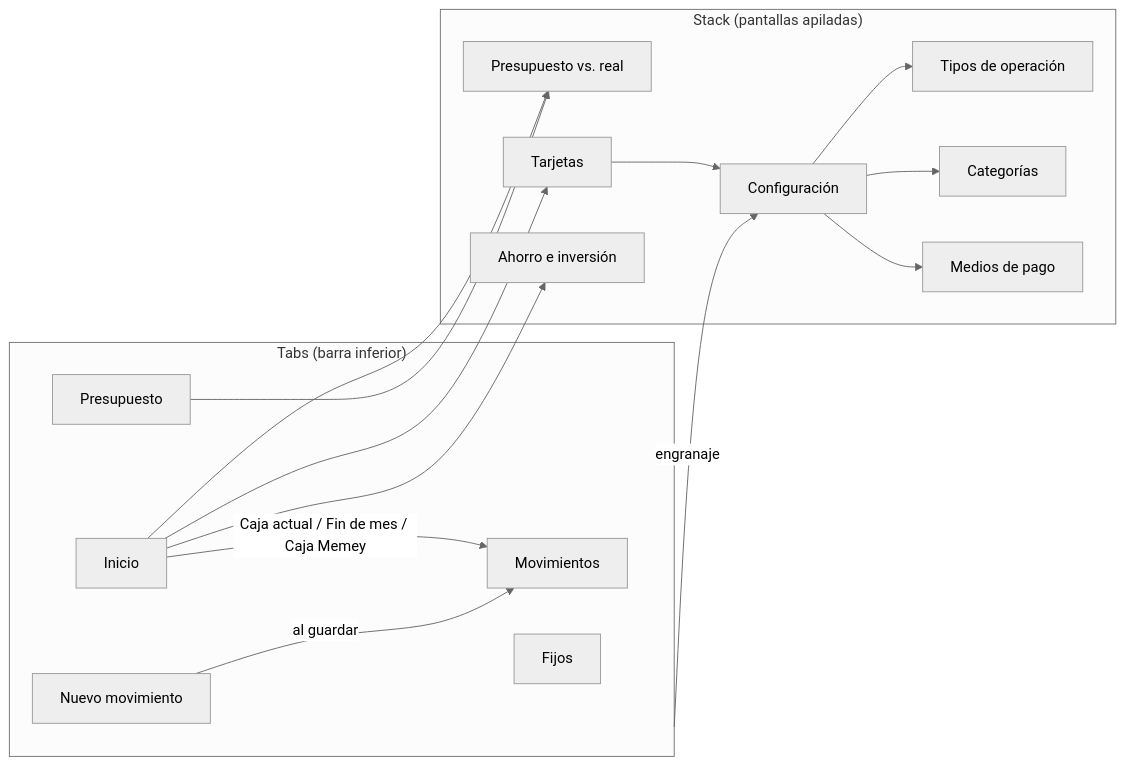
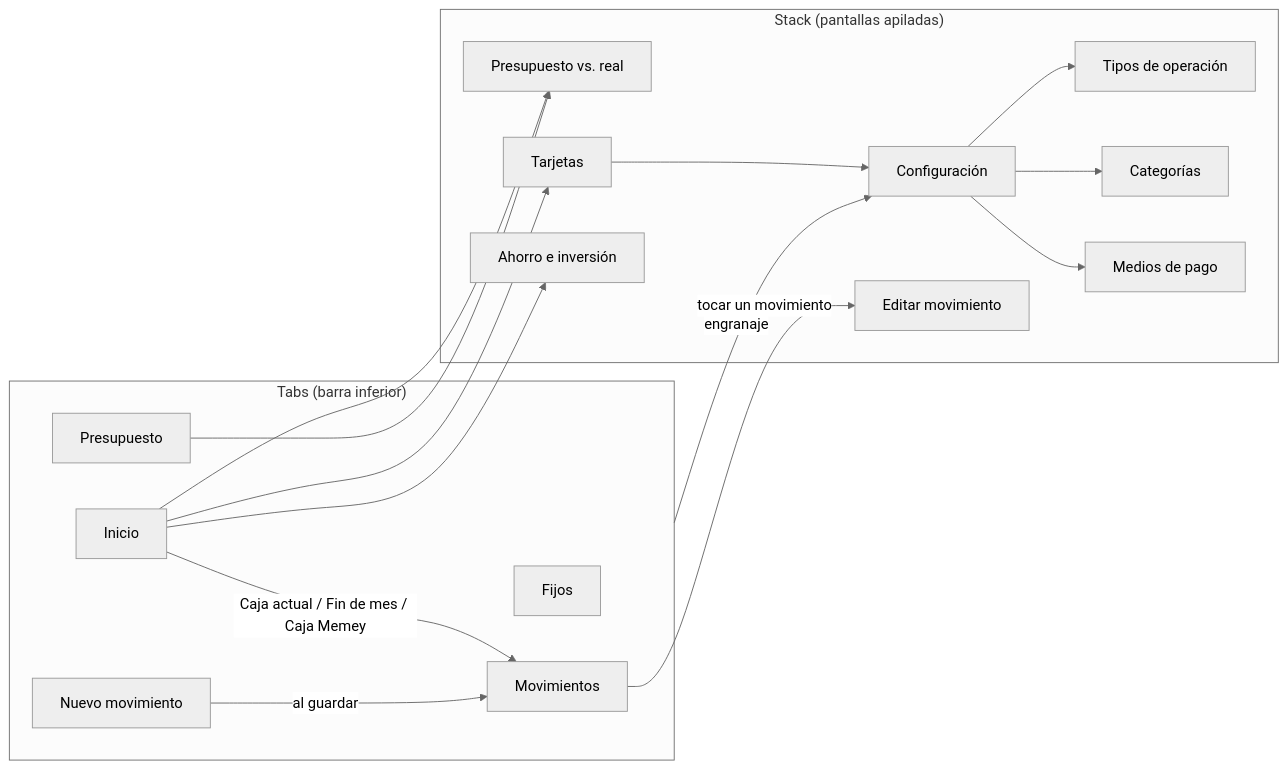
The second of 2 diagrams in docs/app-mobile.md (pmarcore/mis_finanzas_app), drawn with Mermaid (neutral theme) before and after one commit. The commit also changed other lines of this file and 10 other files, not shown here.

First line of the commit message:
Editar y borrar movimientos con recálculo de caja y resúmenes

````diff
--- a/docs/app-mobile.md
+++ b/docs/app-mobile.md
@@ -37,30 +37,32 @@
 ```mermaid
 flowchart LR
   subgraph Tabs["Tabs (barra inferior)"]
     Inicio
     Movimientos
     Nuevo["Nuevo movimiento"]
     Fijos
     Presupuesto
   end
   subgraph Stack["Stack (pantallas apiladas)"]
     Reporte["Presupuesto vs. real"]
     Tarjetas
     Configuracion["Configuración"]
     TiposOperacion["Tipos de operación"]
     Categorias["Categorías"]
     MediosPago["Medios de pago"]
     Ahorro["Ahorro e inversión"]
+    EditarMovimiento["Editar movimiento"]
   end
   Inicio -->|Caja actual / Fin de mes / Caja Memey| Movimientos
   Inicio --> Tarjetas
   Inicio --> Reporte
   Inicio --> Ahorro
   Presupuesto --> Reporte
   Nuevo -->|al guardar| Movimientos
+  Movimientos -->|tocar un movimiento| EditarMovimiento
   Tarjetas --> Configuracion
   Tabs -->|engranaje| Configuracion
   Configuracion --> TiposOperacion
   Configuracion --> Categorias
   Configuracion --> MediosPago
 ```
````
